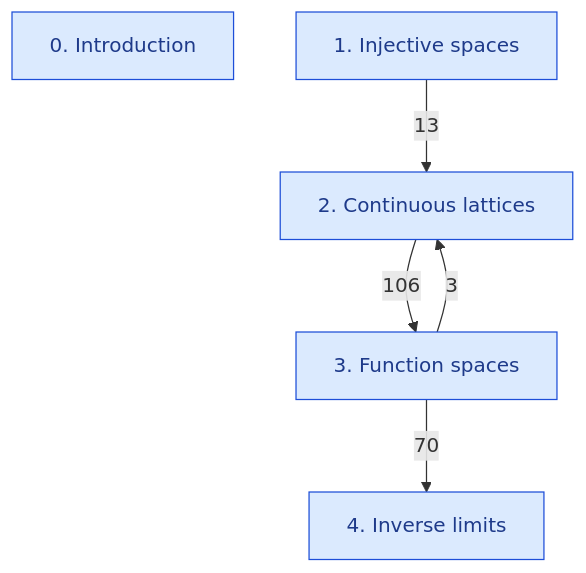
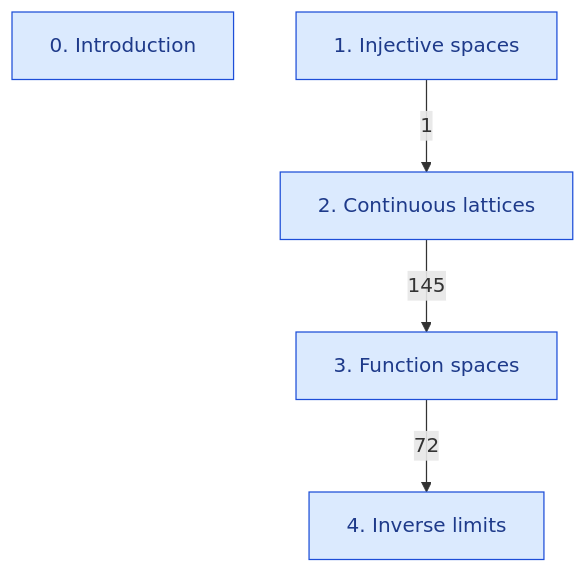
The diagram in DomainTheory/1972_ContinuousLattices.mermaid (catskillsresearch/DomainTheory), drawn with Mermaid before and after one commit. The commit also changed 12 other files, not shown here.

```diff
--- a/DomainTheory/1972_ContinuousLattices.mermaid
+++ b/DomainTheory/1972_ContinuousLattices.mermaid
@@ -1,15 +1,14 @@
 %% Arrowhead on the importer. The number is a direct-import count.
 %% An arrow already implied by a longer path is omitted.
 %% Section 0 has no Lean code, so it has no arrow.
 flowchart TB
   INTRO["0. Introduction"]
   INJ["1. Injective spaces"]
   CL["2. Continuous lattices"]
   FS["3. Function spaces"]
   LIM["4. Inverse limits"]
-  INJ -->|"13"| CL
-  CL -->|"106"| FS
-  FS -->|"3"| CL
-  FS -->|"70"| LIM
+  INJ -->|"1"| CL
+  CL -->|"145"| FS
+  FS -->|"72"| LIM
   classDef section fill:#dbeafe,stroke:#1d4ed8,color:#1e3a8a
   class INTRO,INJ,CL,FS,LIM section
```
